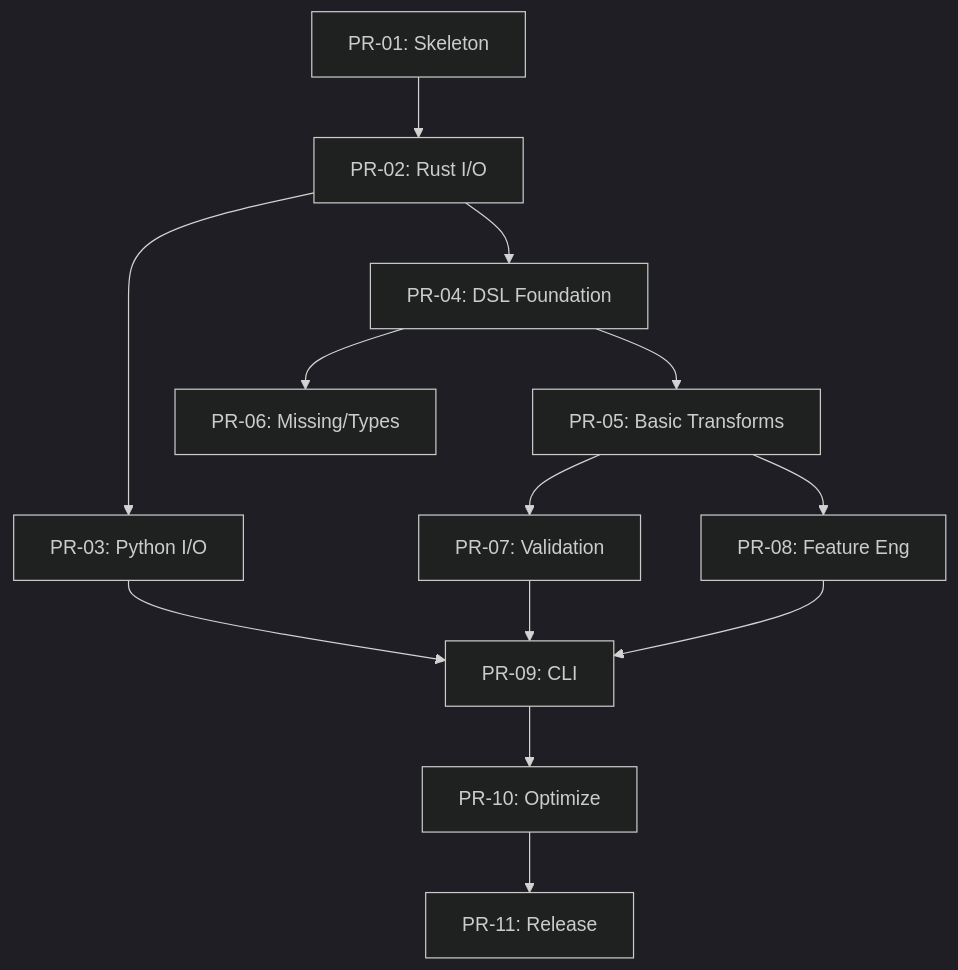
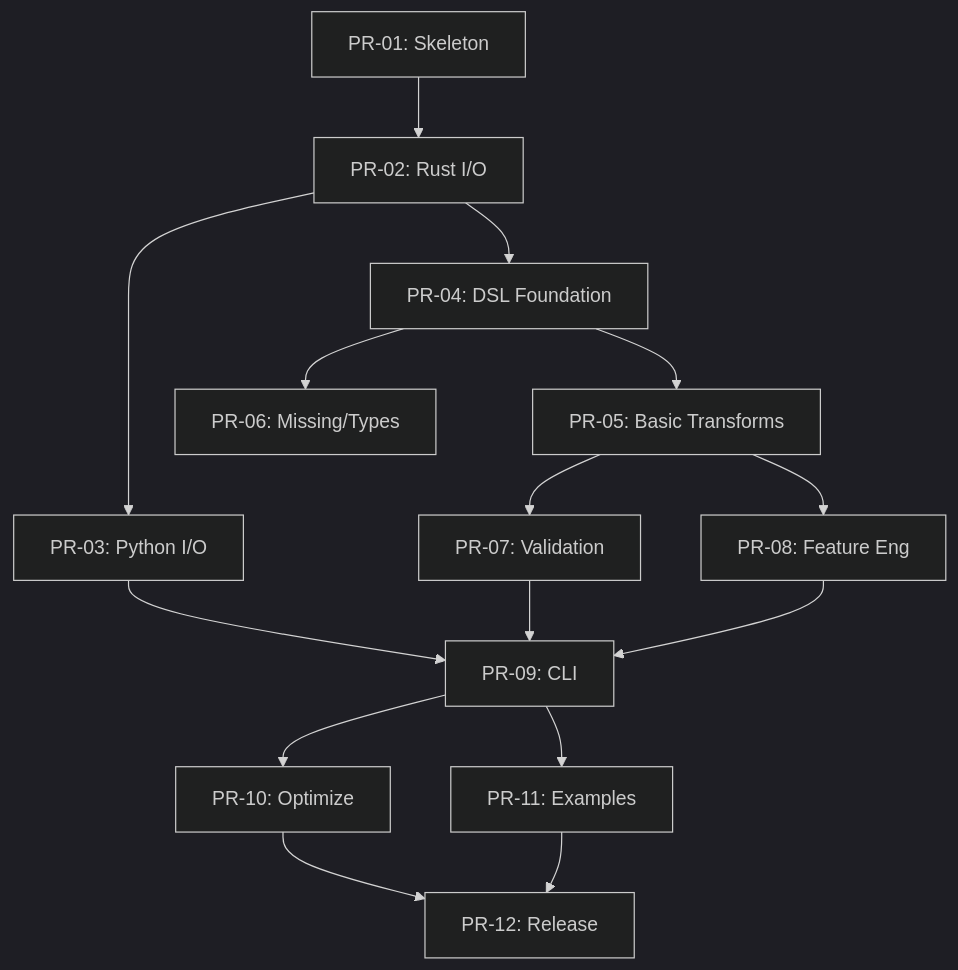
The diagram in docs/PLAN.md (takurot/mlprep), drawn with Mermaid (dark theme) before and after one commit. The commit also changed other lines of this file, not shown here.

Commit message:
docs: add examples and use cases to the project plan

````diff
--- a/docs/PLAN.md
+++ b/docs/PLAN.md
@@ -213,13 +230,14 @@
 ```mermaid
 graph TD
     PR01[PR-01: Skeleton] --> PR02[PR-02: Rust I/O]
     PR02 --> PR03[PR-03: Python I/O]
     PR02 --> PR04[PR-04: DSL Foundation]
     PR04 --> PR05[PR-05: Basic Transforms]
     PR04 --> PR06[PR-06: Missing/Types]
     PR05 --> PR07[PR-07: Validation]
     PR05 --> PR08[PR-08: Feature Eng]
     PR03 & PR07 & PR08 --> PR09[PR-09: CLI]
     PR09 --> PR10[PR-10: Optimize]
-    PR10 --> PR11[PR-11: Release]
+    PR09 --> PR11[PR-11: Examples]
+    PR10 & PR11 --> PR12[PR-12: Release]
 ```
````
